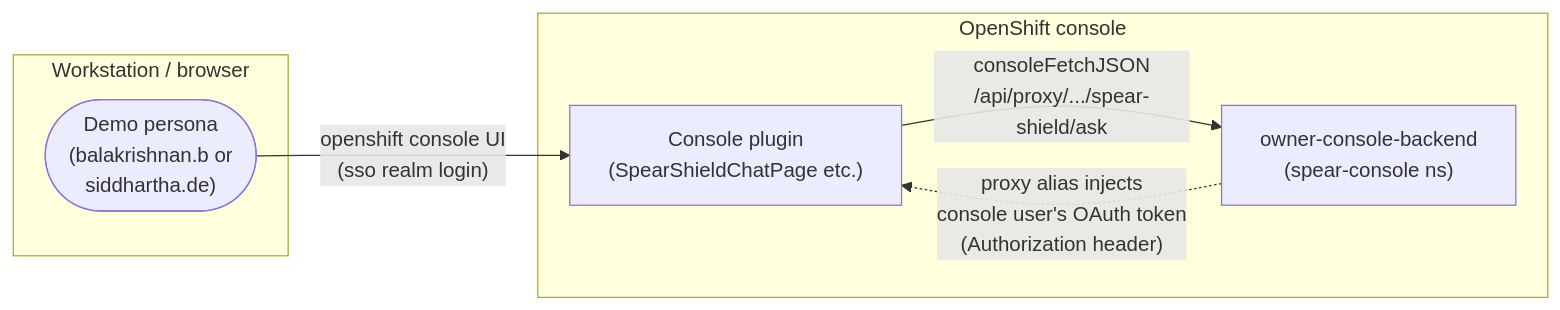
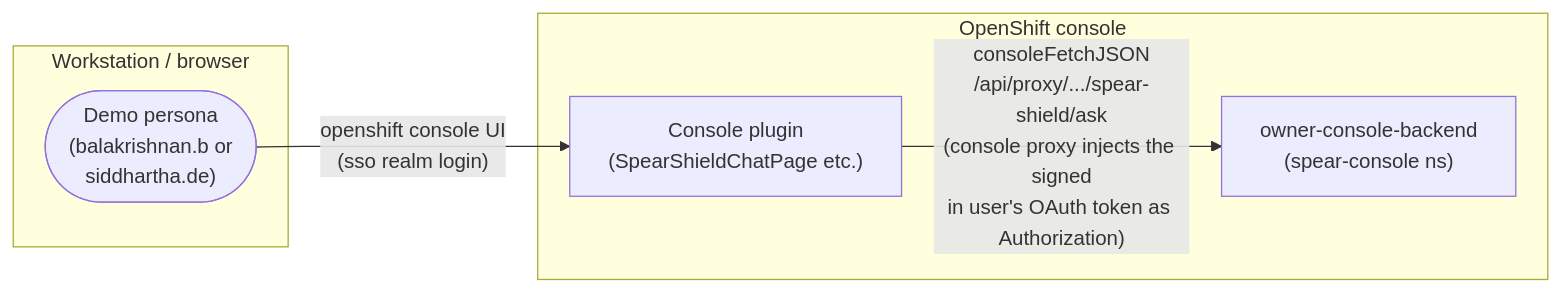
The first of 6 diagrams in Detailed architecture.md (bbalakriz/spear), drawn with Mermaid before and after one commit. The commit also changed other lines of this file and 1 other file, not shown here.

Commit message:
docs: update architecture and README for ABAC team dimension, OpenProject personal tokens and closed-loop output rails

````diff
--- a/Detailed architecture.md
+++ b/Detailed architecture.md
@@ -29,15 +29,14 @@
 ```mermaid
 flowchart LR
     subgraph WB["Workstation / browser"]
         U(["Demo persona<br/>(balakrishnan.b or<br/>siddhartha.de)"])
     end
 
     subgraph OC["OpenShift console"]
         CP["Console plugin<br/>(SpearShieldChatPage etc.)"]
         BK["owner-console-backend<br/>(spear-console ns)"]
     end
 
     U -->|"openshift console UI<br/>(sso realm login)"| CP
-    CP -->|"consoleFetchJSON<br/>/api/proxy/.../spear-shield/ask"| BK
-    BK -.->|"proxy alias injects<br/>console user's OAuth token<br/>(Authorization header)"| CP
+    CP -->|"consoleFetchJSON<br/>/api/proxy/.../spear-shield/ask<br/>(console proxy injects the signed<br/>in user's OAuth token as Authorization)"| BK
 ```
````
